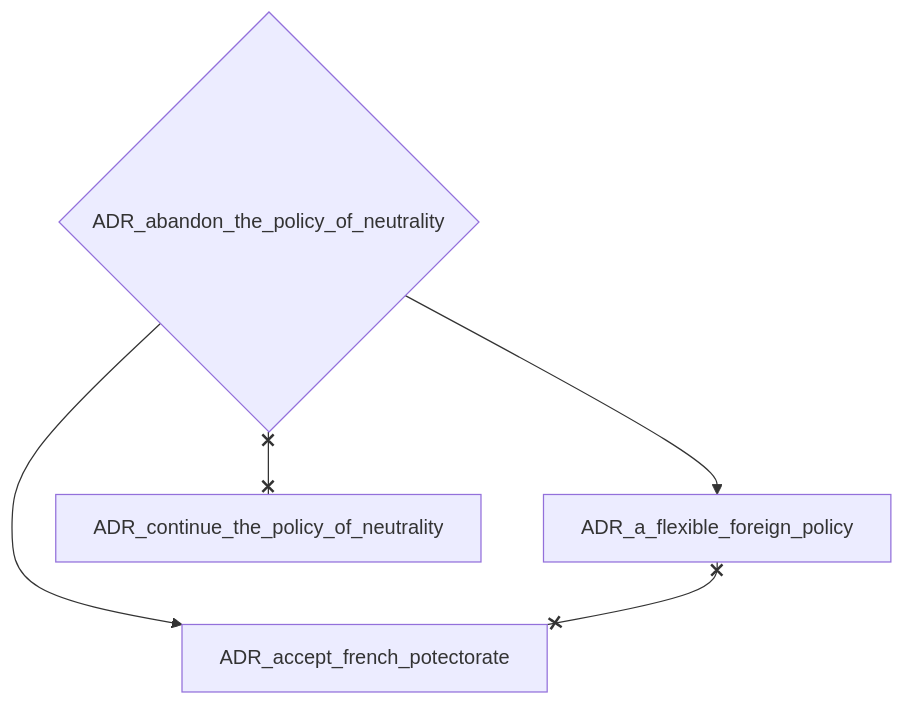
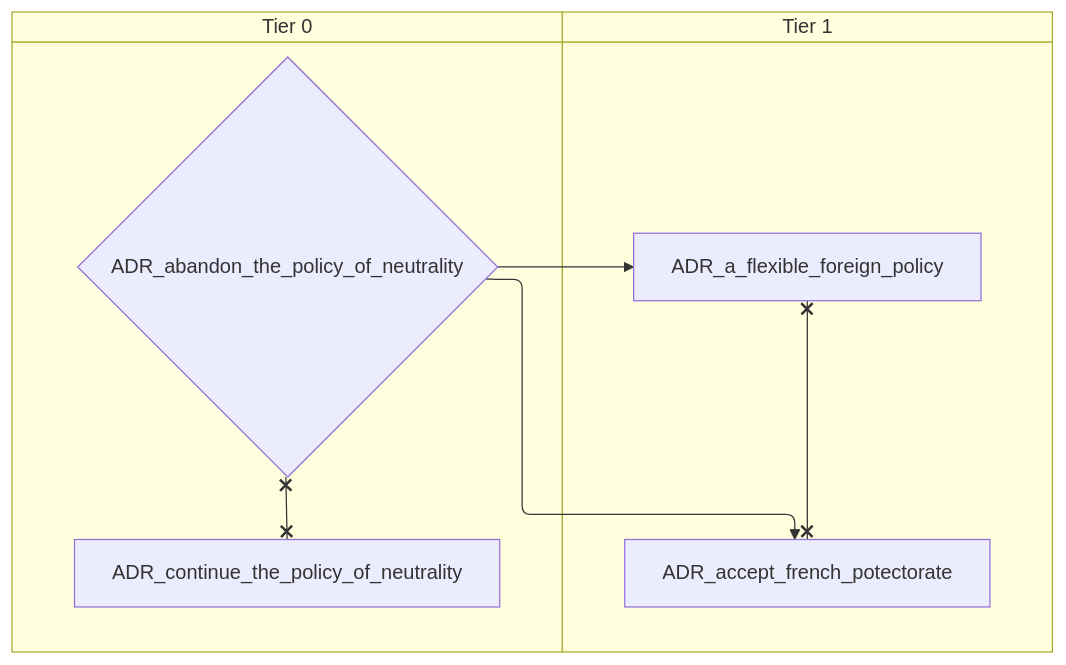
The first of 2 diagrams in docs/gdd/National Focuses/andorra.md (evgeny-sobol/hoi4-sandbox-mode-r56), drawn with Mermaid before and after one commit. The commit also changed other lines of this file and 423 other files, not shown here.

First line of the commit message:
Re-export Rt56 focus trees as swimlane diagrams

````diff
--- a/docs/gdd/National Focuses/andorra.md
+++ b/docs/gdd/National Focuses/andorra.md
@@ -3,11 +3,15 @@
 ```mermaid
-flowchart TD
-    n1["ADR_a_flexible_foreign_policy"]
-    n2{"ADR_abandon_the_policy_of_neutrality"}
-    n3["ADR_accept_french_potectorate"]
-    n4["ADR_continue_the_policy_of_neutrality"]
-    n2 --> n1
-    n2 --> n3
-    n1 x--x n3
-    n2 x--x n4
+swimlane-beta TD
+    subgraph tier_0["Tier 0"]
+        n1{"ADR_abandon_the_policy_of_neutrality"}
+        n2["ADR_continue_the_policy_of_neutrality"]
+    end
+    subgraph tier_1["Tier 1"]
+        n3["ADR_a_flexible_foreign_policy"]
+        n4["ADR_accept_french_potectorate"]
+    end
+    n1 --> n3
+    n1 --> n4
+    n3 x--x n4
+    n1 x--x n2
 ```
````
